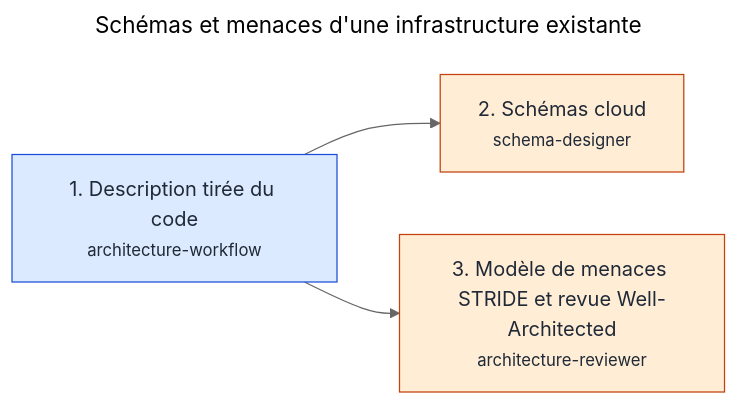
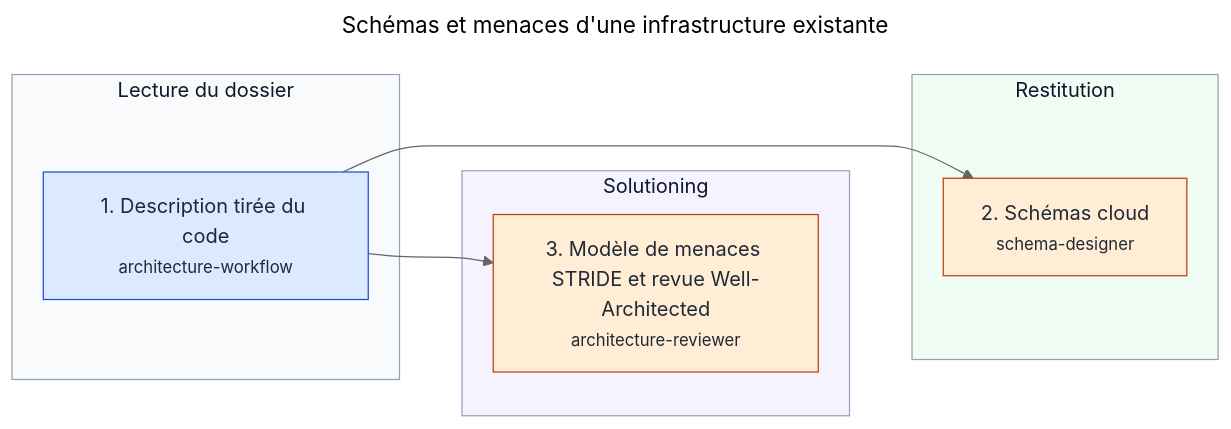
One commit to RenaudVanhille/myskills changed the diagram in docs/workflows/cloud-existant.md. Above: the diagram before and after it, drawn with Mermaid (neutral theme). The commit also changed other lines of this file and 35 other files, not shown here.

````diff
--- a/docs/workflows/cloud-existant.md
+++ b/docs/workflows/cloud-existant.md
@@ -18,16 +18,27 @@
 ```mermaid
 ---
 title: "Schémas et menaces d'une infrastructure existante"
 ---
 flowchart LR
-  s_description["1. Description tirée du code<br/><small>architecture-workflow</small>"]
-  s_schemas["2. Schémas cloud<br/><small>schema-designer</small>"]
-  s_menaces["3. Modèle de menaces STRIDE et revue Well-Architected<br/><small>architecture-reviewer</small>"]
+  subgraph z_lecture["Lecture du dossier"]
+    s_description["1. Description tirée du code<br/><small>architecture-workflow</small>"]
+  end
+  style z_lecture fill:#f8fafc,stroke:#94a3b8,color:#0f172a
+  subgraph z_solutioning["Solutioning"]
+    s_menaces["3. Modèle de menaces STRIDE et revue Well-Architected<br/><small>architecture-reviewer</small>"]
+  end
+  style z_solutioning fill:#f5f3ff,stroke:#94a3b8,color:#0f172a
+  subgraph z_restitution["Restitution"]
+    s_schemas["2. Schémas cloud<br/><small>schema-designer</small>"]
+  end
+  style z_restitution fill:#f0fdf4,stroke:#94a3b8,color:#0f172a
   s_description --> s_schemas
   s_description --> s_menaces
+  s_description ~~~ s_menaces
+  s_menaces ~~~ s_schemas
   classDef moteur fill:#dbeafe,stroke:#1d4ed8,color:#1f2937
   classDef agent fill:#ffedd5,stroke:#c2410c,color:#1f2937
   classDef facultative stroke-dasharray:5 5
   class s_description moteur
   class s_schemas,s_menaces agent
 ```
````
